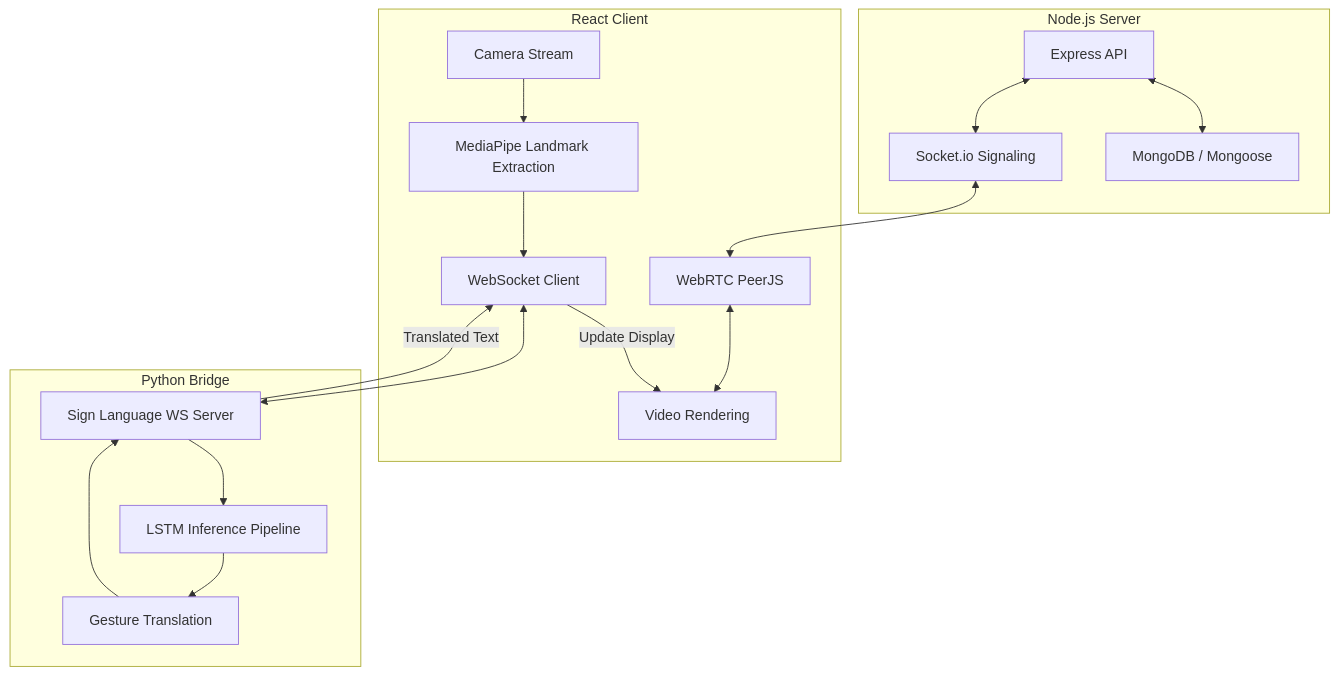
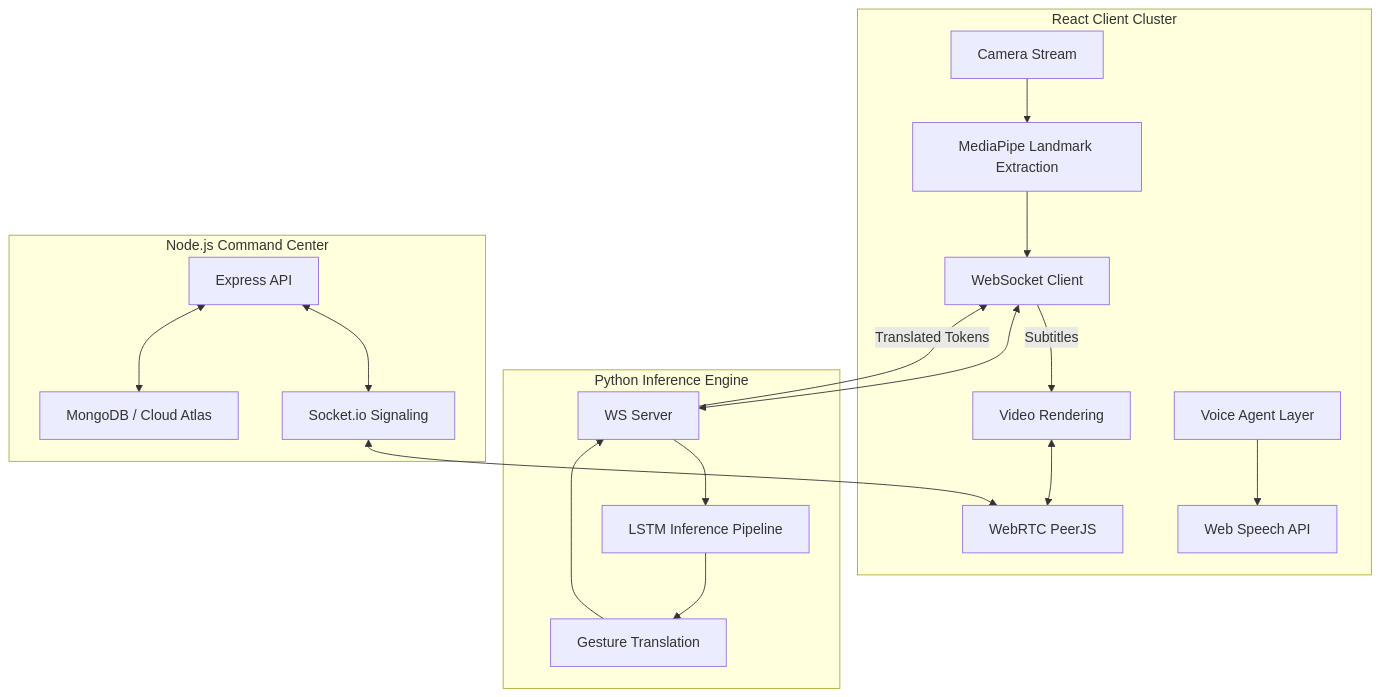
Before and after one commit to avy2025/BeyondWords: the diagram in README.md, drawn with Mermaid. The commit also changed other lines of this file, not shown here.

Commit message:
docs: overhaul README to highlight inclusivity, live translation, learning hub, and voice AI

````diff
--- a/README.md
+++ b/README.md
@@ -35,24 +48,25 @@
 ```mermaid
 graph TD
-    subgraph Frontend [React Client]
+    subgraph Frontend [React Client Cluster]
         A[Camera Stream] --> B[MediaPipe Landmark Extraction]
         B --> C[WebSocket Client]
-        J[WebRTC PeerJS] <--> K[Video Rendering]
+        K[Video Rendering] <--> J[WebRTC PeerJS]
+        L[Voice Agent Layer] --> M[Web Speech API]
+        C -- "Subtitles" --> K
     end
 
-    subgraph AI_Engine [Python Bridge]
-        C <--> D[Sign Language WS Server]
+    subgraph AI_Bridge [Python Inference Engine]
+        C <--> D[WS Server]
         D --> E[LSTM Inference Pipeline]
         E --> F[Gesture Translation]
         F --> D
     end
 
-    subgraph Backend [Node.js Server]
+    subgraph Backend [Node.js Command Center]
         G[Express API] <--> H[Socket.io Signaling]
-        G <--> I[MongoDB / Mongoose]
+        G <--> I[MongoDB / Cloud Atlas]
         H <--> J
     end
 
-    D -- "Translated Text" --> C
-    C -- "Update Display" --> K
+    D -- "Translated Tokens" --> C
 ```
````
